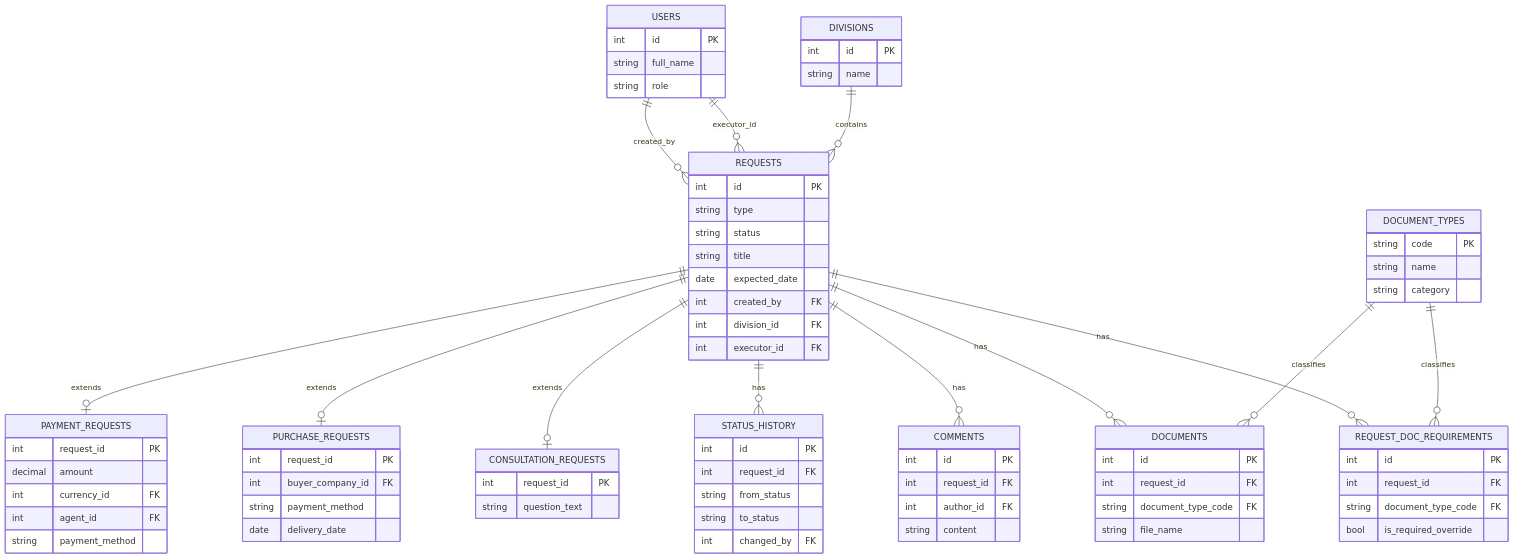
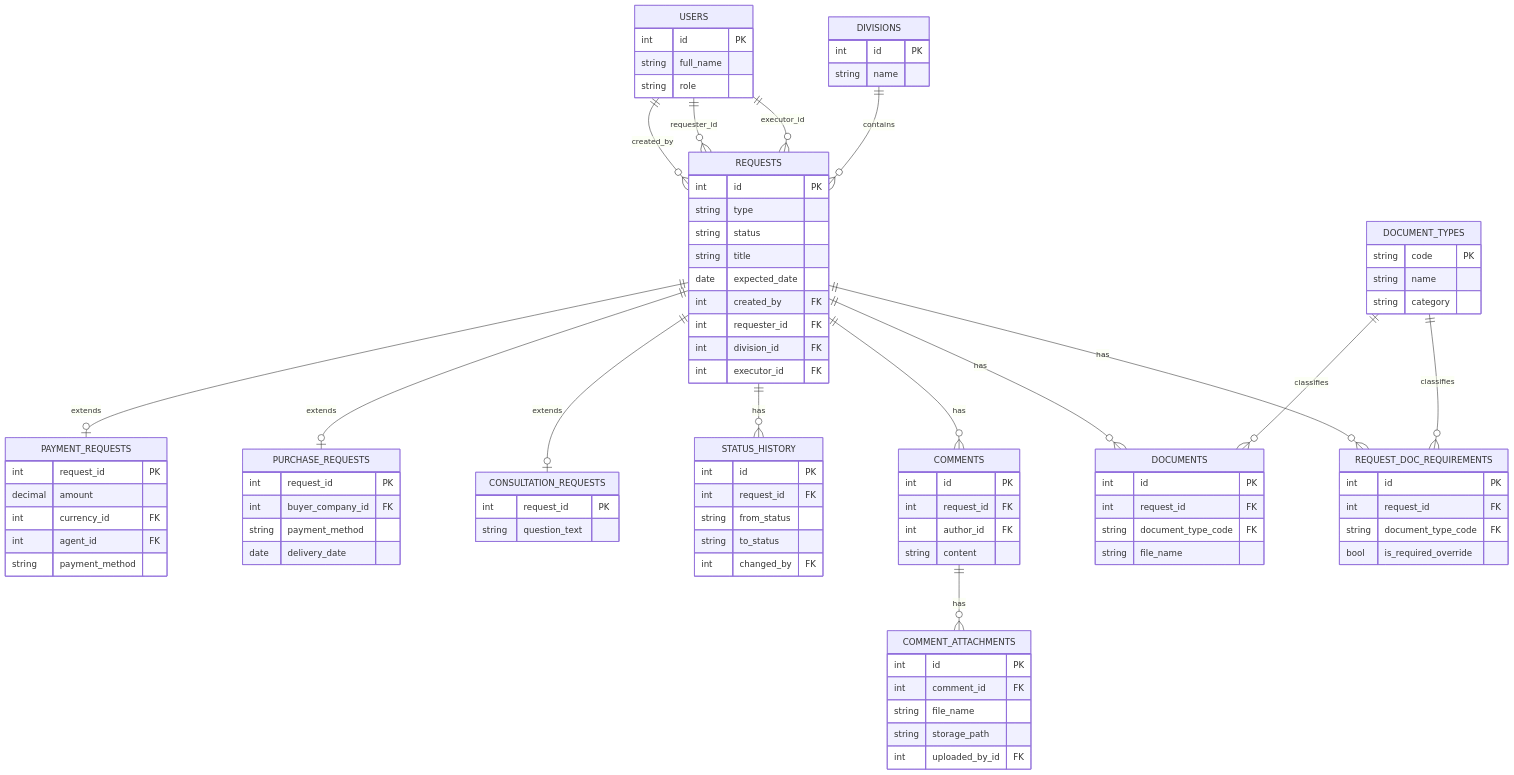
One commit to srg888/PayTracker_Vault changed the first of 2 diagrams in 06. Данные/ER модель.md. Above: the diagram before and after it, drawn with Mermaid. The commit also changed other lines of this file and 15 other files, not shown here.

````diff
--- a/06. Данные/ER модель.md
+++ b/06. Данные/ER модель.md
@@ -9,6 +9,7 @@
 ```mermaid
 erDiagram
   USERS ||--o{ REQUESTS : created_by
+  USERS ||--o{ REQUESTS : requester_id
   USERS ||--o{ REQUESTS : executor_id
   DIVISIONS ||--o{ REQUESTS : contains
   REQUESTS ||--o| PAYMENT_REQUESTS : extends
@@ -18,6 +19,7 @@
   REQUESTS ||--o{ COMMENTS : has
   REQUESTS ||--o{ DOCUMENTS : has
   REQUESTS ||--o{ REQUEST_DOC_REQUIREMENTS : has
+  COMMENTS ||--o{ COMMENT_ATTACHMENTS : has
   DOCUMENT_TYPES ||--o{ DOCUMENTS : classifies
   DOCUMENT_TYPES ||--o{ REQUEST_DOC_REQUIREMENTS : classifies
 
@@ -37,6 +39,7 @@
     string title
     date expected_date
     int created_by FK
+    int requester_id FK
     int division_id FK
     int executor_id FK
   }
@@ -70,6 +73,13 @@
     int author_id FK
     string content
   }
+  COMMENT_ATTACHMENTS {
+    int id PK
+    int comment_id FK
+    string file_name
+    string storage_path
+    int uploaded_by_id FK
+  }
   DOCUMENT_TYPES {
     string code PK
     string name
````
